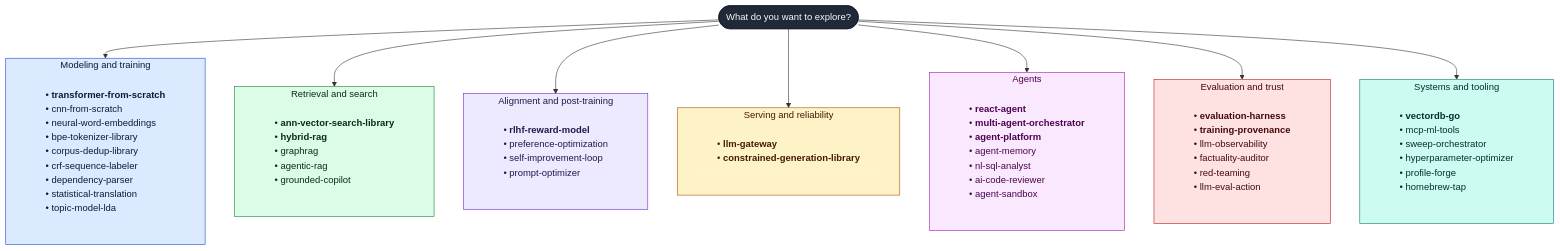
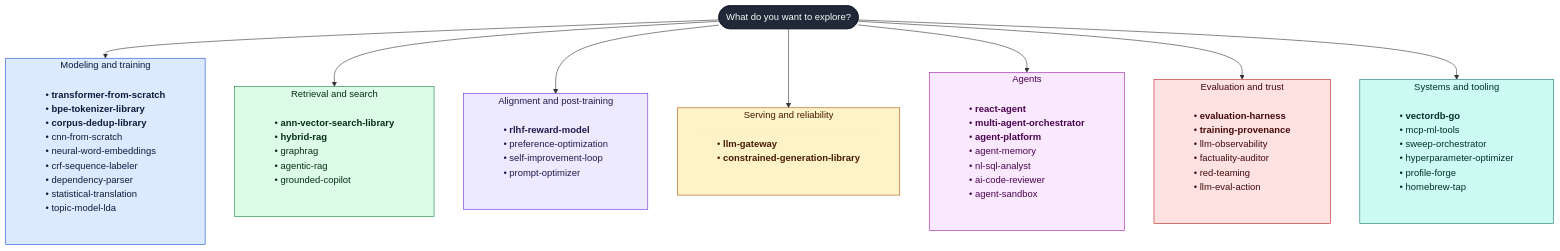
The first of 3 diagrams in README.md (adeoluo/adeoluo), drawn with Mermaid before and after one commit. The commit also changed other lines of this file, not shown here.

````diff
--- a/README.md
+++ b/README.md
@@ -61,58 +61,58 @@
 ```mermaid
 %%{init: {"flowchart": {"wrappingWidth": 320}}}%%
 flowchart TD
   n_root(["What do you want to explore?"])
   subgraph s_model["Modeling and training"]
-    n_model["• <b>transformer-from-scratch</b><br/>• cnn-from-scratch<br/>• neural-word-embeddings<br/>• bpe-tokenizer-library<br/>• corpus-dedup-library<br/>• crf-sequence-labeler<br/>• dependency-parser<br/>• statistical-translation<br/>• topic-model-lda"]
+    n_model["• <b>transformer-from-scratch</b><br/>• <b>bpe-tokenizer-library</b><br/>• <b>corpus-dedup-library</b><br/>• cnn-from-scratch<br/>• neural-word-embeddings<br/>• crf-sequence-labeler<br/>• dependency-parser<br/>• statistical-translation<br/>• topic-model-lda"]
   end
   n_root --> s_model
   subgraph s_retr["Retrieval and search"]
     n_retr["• <b>ann-vector-search-library</b><br/>• <b>hybrid-rag</b><br/>• graphrag<br/>• agentic-rag<br/>• grounded-copilot"]
   end
   n_root --> s_retr
   subgraph s_align["Alignment and post-training"]
     n_align["• <b>rlhf-reward-model</b><br/>• preference-optimization<br/>• self-improvement-loop<br/>• prompt-optimizer"]
   end
   n_root --> s_align
   subgraph s_serve["Serving and reliability"]
     n_serve["• <b>llm-gateway</b><br/>• <b>constrained-generation-library</b>"]
   end
   n_root --> s_serve
   subgraph s_agent["Agents"]
     n_agent["• <b>react-agent</b><br/>• <b>multi-agent-orchestrator</b><br/>• <b>agent-platform</b><br/>• agent-memory<br/>• nl-sql-analyst<br/>• ai-code-reviewer<br/>• agent-sandbox"]
   end
   n_root --> s_agent
   subgraph s_trust["Evaluation and trust"]
     n_trust["• <b>evaluation-harness</b><br/>• <b>training-provenance</b><br/>• llm-observability<br/>• factuality-auditor<br/>• red-teaming<br/>• llm-eval-action"]
   end
   n_root --> s_trust
   subgraph s_sys["Systems and tooling"]
     n_sys["• <b>vectordb-go</b><br/>• mcp-ml-tools<br/>• sweep-orchestrator<br/>• hyperparameter-optimizer<br/>• profile-forge<br/>• homebrew-tap"]
   end
   n_root --> s_sys
 
   classDef c_root fill:#1f2937,stroke:#111827,color:#f9fafb;
   classDef c_model fill:#dbeafe,stroke-width:0px,color:#0b1b3a,text-align:left;
   classDef c_retr fill:#dcfce7,stroke-width:0px,color:#052e16,text-align:left;
   classDef c_align fill:#ede9fe,stroke-width:0px,color:#1e1b4b,text-align:left;
   classDef c_serve fill:#fef3c7,stroke-width:0px,color:#451a03,text-align:left;
   classDef c_agent fill:#fae8ff,stroke-width:0px,color:#4a044e,text-align:left;
   classDef c_trust fill:#fee2e2,stroke-width:0px,color:#450a0a,text-align:left;
   classDef c_sys fill:#ccfbf1,stroke-width:0px,color:#042f2e,text-align:left;
 
   class n_root c_root;
   class n_model c_model;
   style s_model fill:#dbeafe,stroke:#1d4ed8,color:#0b1b3a
   class n_retr c_retr;
   style s_retr fill:#dcfce7,stroke:#15803d,color:#052e16
   class n_align c_align;
   style s_align fill:#ede9fe,stroke:#6d28d9,color:#1e1b4b
   class n_serve c_serve;
   style s_serve fill:#fef3c7,stroke:#b45309,color:#451a03
   class n_agent c_agent;
   style s_agent fill:#fae8ff,stroke:#a21caf,color:#4a044e
   class n_trust c_trust;
   style s_trust fill:#fee2e2,stroke:#b91c1c,color:#450a0a
   class n_sys c_sys;
   style s_sys fill:#ccfbf1,stroke:#0f766e,color:#042f2e
 ```
````
